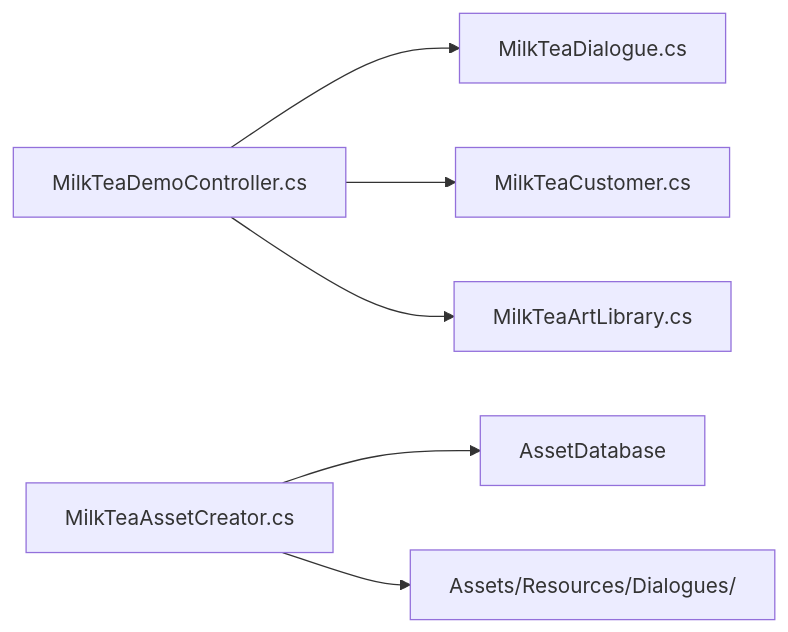
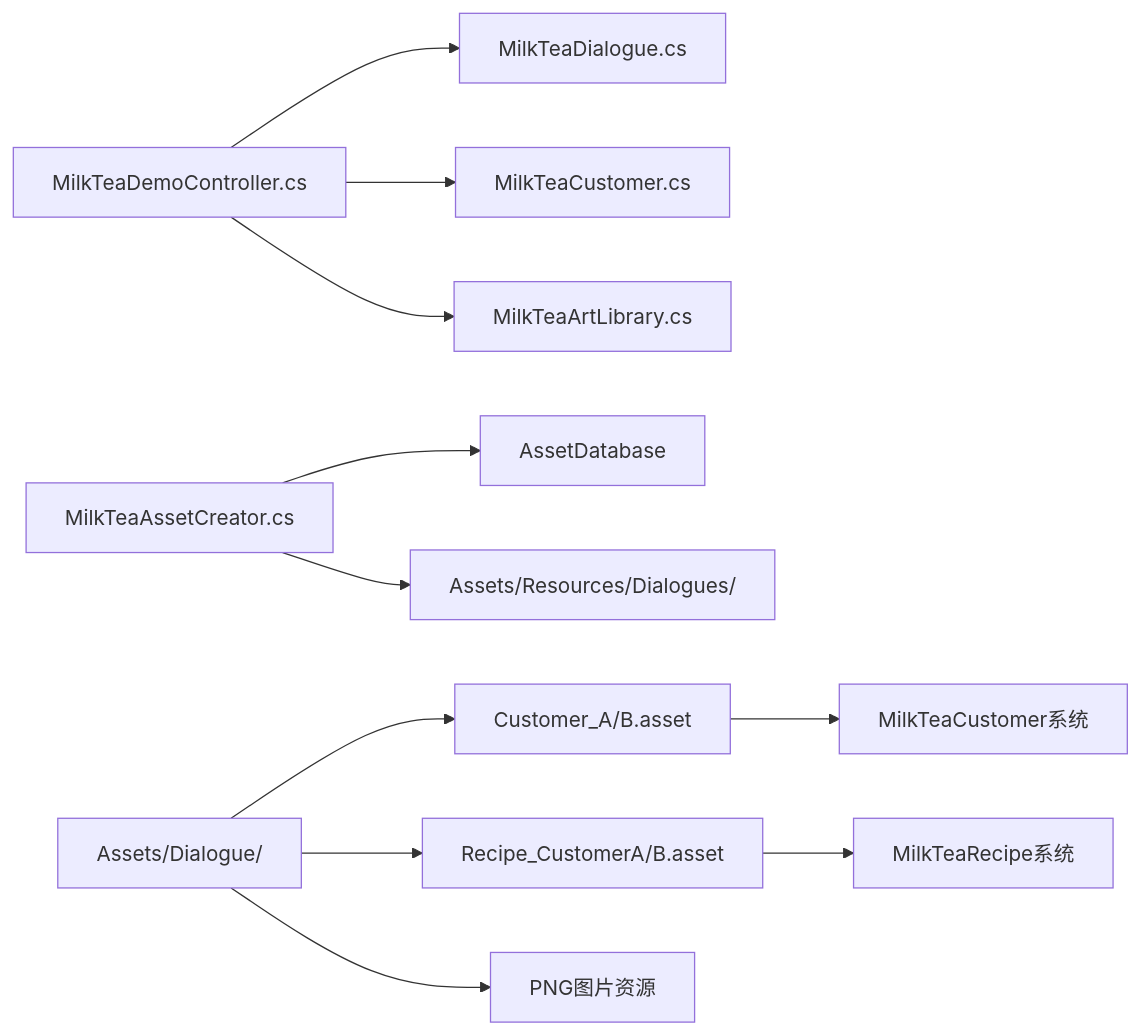
The seventh of 7 diagrams in .qoder/repowiki/zh/content/对话系统设计.md (Thanatos42/-demo), drawn with Mermaid before and after one commit. The commit also changed other lines of this file and 77 other files, not shown here.

````diff
--- a/.qoder/repowiki/zh/content/对话系统设计.md
+++ b/.qoder/repowiki/zh/content/对话系统设计.md
@@ -284,8 +327,13 @@
 ```mermaid
 graph LR
 Controller["MilkTeaDemoController.cs"] --> DialogueModel["MilkTeaDialogue.cs"]
 Controller --> CustomerData["MilkTeaCustomer.cs"]
 Controller --> ArtLibrary["MilkTeaArtLibrary.cs"]
 Editor["MilkTeaAssetCreator.cs"] --> AssetDB["AssetDatabase"]
 Editor --> DialogueAssets["Assets/Resources/Dialogues/"]
+NewAssets["Assets/Dialogue/"] --> CustomerAssets["Customer_A/B.asset"]
+NewAssets --> RecipeAssets["Recipe_CustomerA/B.asset"]
+NewAssets --> VisualAssets["PNG图片资源"]
+CustomerAssets --> CustomerSystem["MilkTeaCustomer系统"]
+RecipeAssets --> RecipeSystem["MilkTeaRecipe系统"]
 ```
````
